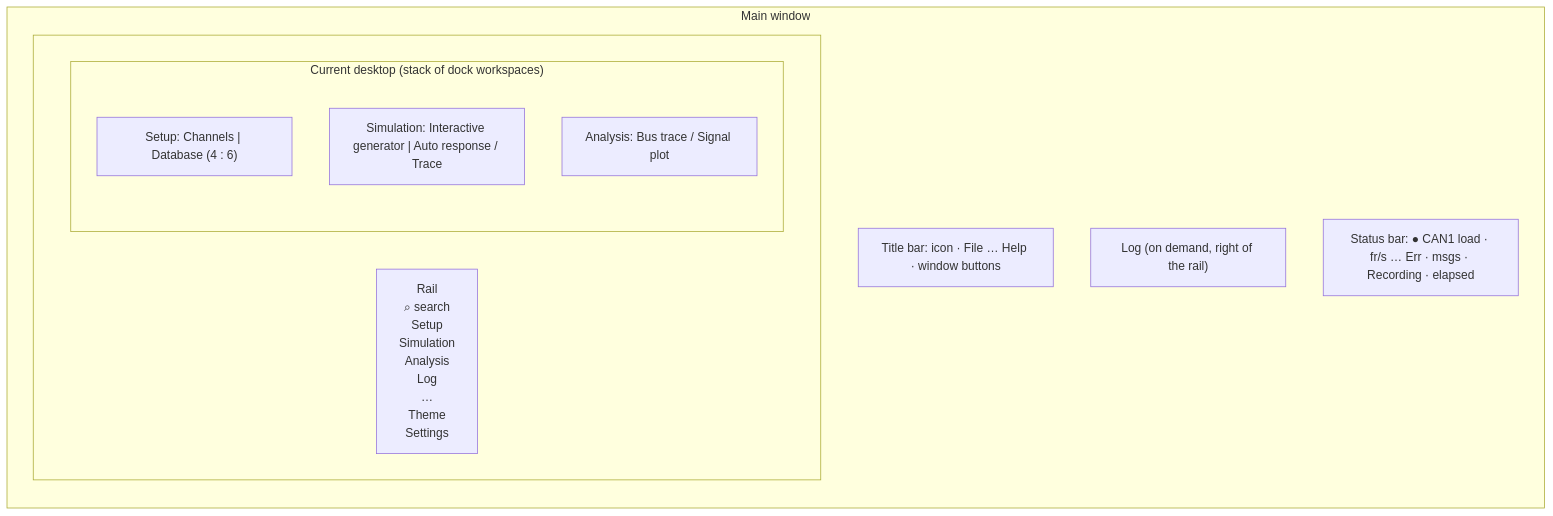
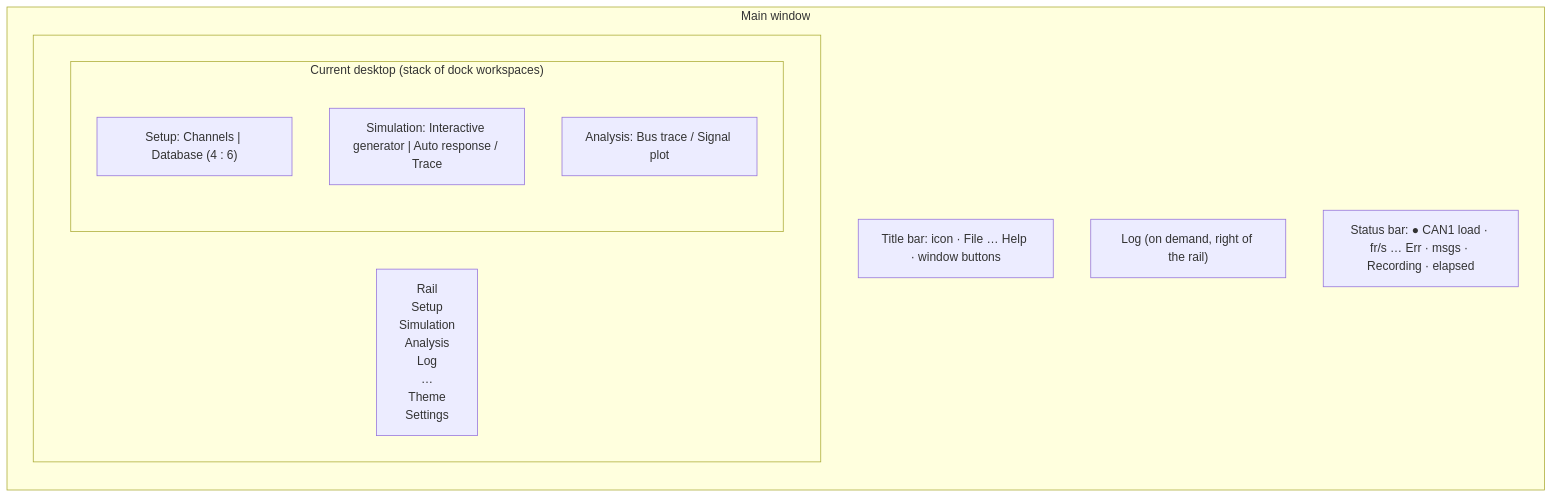
The fifth of 5 diagrams in docs/design/HLD.md (Thuongst97/CAN_SIMULATOR), drawn with Mermaid before and after one commit. The commit also changed 13 other files, not shown here.

First line of the commit message:
Remove the PCAN driver notice from the Channels window and the search button from the rail

````diff
--- a/docs/design/HLD.md
+++ b/docs/design/HLD.md
@@ -237,19 +237,19 @@
 ```mermaid
 flowchart LR
     subgraph window["Main window"]
         direction TB
         tb["Title bar: icon · File … Help · window buttons"]
         subgraph body[" "]
             direction LR
-            rail["Rail<br/>⌕ search<br/>Setup<br/>Simulation<br/>Analysis<br/>Log<br/>…<br/>Theme<br/>Settings"]
+            rail["Rail<br/>Setup<br/>Simulation<br/>Analysis<br/>Log<br/>…<br/>Theme<br/>Settings"]
             subgraph desk["Current desktop (stack of dock workspaces)"]
                 direction TB
                 d1["Setup: Channels | Database (4 : 6)"]
                 d3["Simulation: Interactive generator | Auto response / Trace"]
                 d4["Analysis: Bus trace / Signal plot"]
             end
         end
         log["Log (on demand, right of the rail)"]
         sb["Status bar: ● CAN1 load · fr/s … Err · msgs · Recording · elapsed"]
     end
 ```
````
